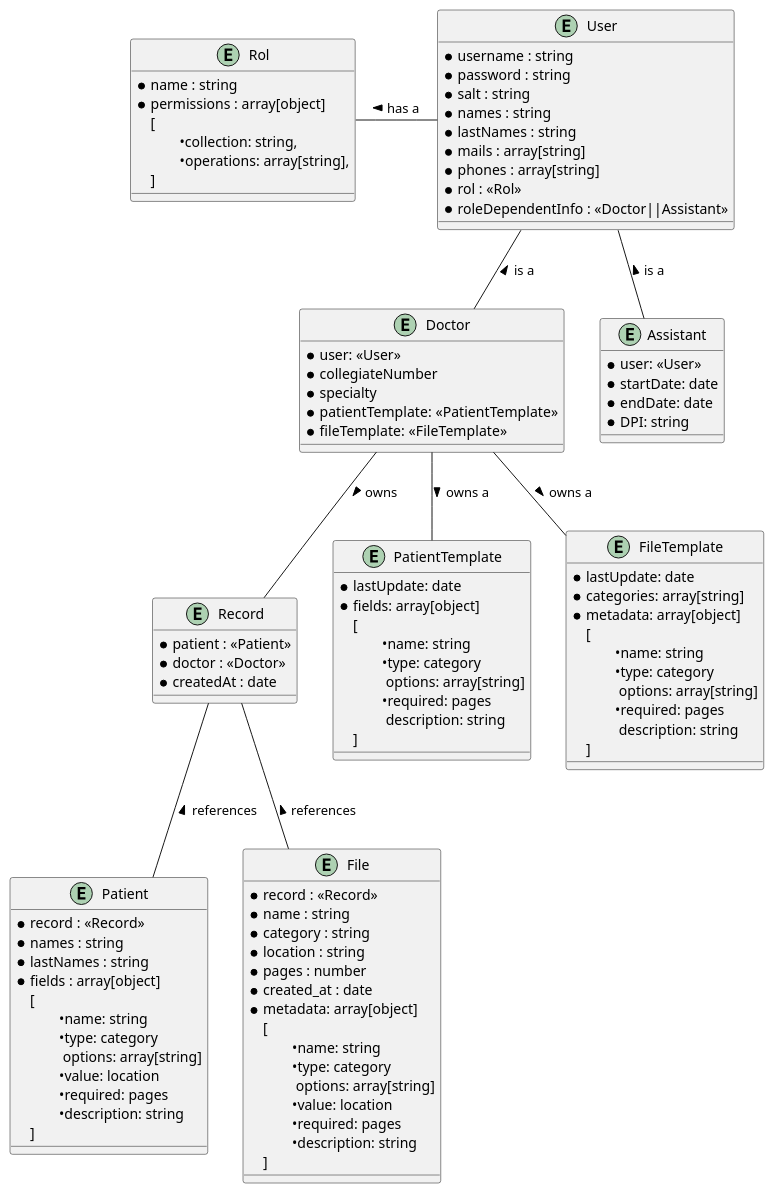
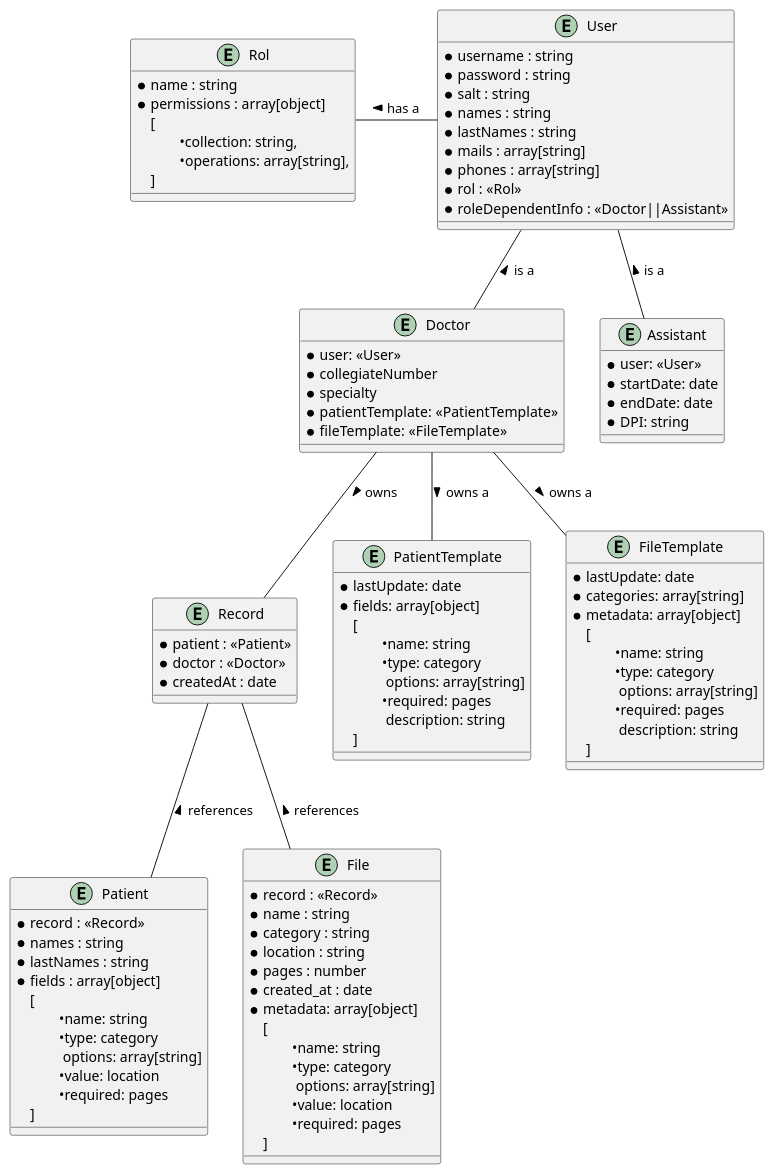
Before and after one commit to TherapistTrack/therapistTrackApp: the diagram in Database/DB_Diagram.plantuml, drawn with PlantUML. The commit also changed 4 other files, not shown here.

```diff
--- a/Database/DB_Diagram.plantuml
+++ b/Database/DB_Diagram.plantuml
@@ -1,115 +1,113 @@
 @startuml entity
 
 entity Rol {
     * name : string
     * permissions : array[object]
     [
         \t•collection: string,
         \t•operations: array[string],
     ]
 }
 
 entity User {
     * username : string
     * password : string
     * salt : string
     * names : string
     * lastNames : string
     * mails : array[string]
     * phones : array[string]
     * rol : <<Rol>>
     * roleDependentInfo : <<Doctor||Assistant>>
 }
 
 entity Doctor {
     * user: <<User>>
     * collegiateNumber
     * specialty
     * patientTemplate: <<PatientTemplate>>
     * fileTemplate: <<FileTemplate>>
 }
 
 entity Assistant {
     * user: <<User>>
     * startDate: date
     * endDate: date
     * DPI: string
 }
 
 entity Record {
     * patient : <<Patient>>
     * doctor : <<Doctor>>
     * createdAt : date
 }
 
 entity PatientTemplate {
     * lastUpdate: date
     * fields: array[object]
     [
         \t•name: string
         \t•type: category
         \t options: array[string]
         \t•required: pages
         \t description: string
     ]
 }
 
 entity Patient {
     * record : <<Record>>
     * names : string
     * lastNames : string
     * fields : array[object]
     [
         \t•name: string
         \t•type: category
         \t options: array[string]
         \t•value: location
         \t•required: pages
-        \t•description: string
     ]
     
 }
 
 entity FileTemplate {
     * lastUpdate: date
     * categories: array[string]
     * metadata: array[object]
     [
         \t•name: string
         \t•type: category
         \t options: array[string]
         \t•required: pages
         \t description: string
     ]
 }
 
 entity File {
     * record : <<Record>>
     * name : string
     * category : string
     * location : string
     * pages : number
     * created_at : date
     * metadata: array[object]
     [
         \t•name: string
         \t•type: category
         \t options: array[string]
         \t•value: location
         \t•required: pages
-        \t•description: string
     ]
 }
 
 User -l- Rol : > has a
 User -d- Doctor : < is a
 User -d- Assistant : < is a
 
 Record -u- Doctor : < owns
 Record -- File  : < references
 Record -- Patient : < references
 
 Doctor -- FileTemplate : > owns a 
 Doctor -- PatientTemplate : > owns a
 
 @enduml
```
